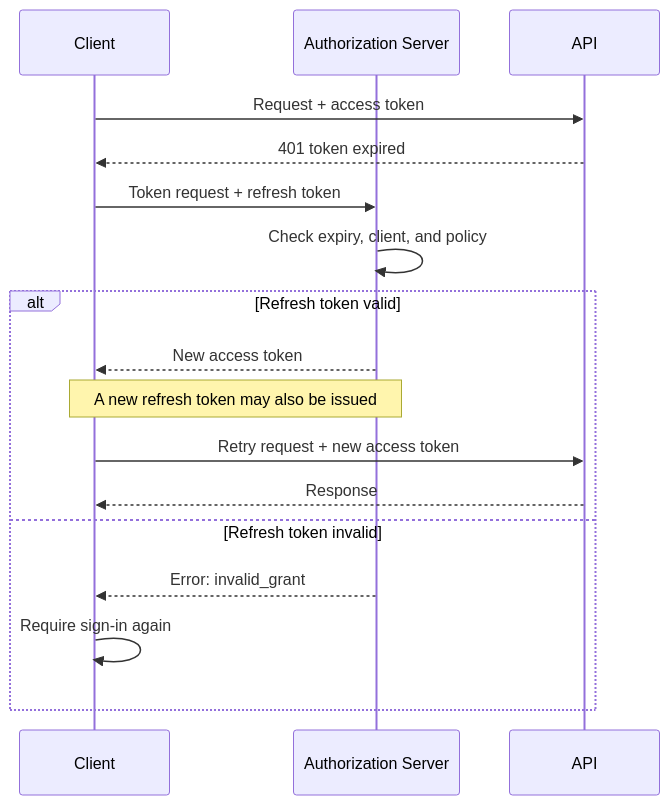
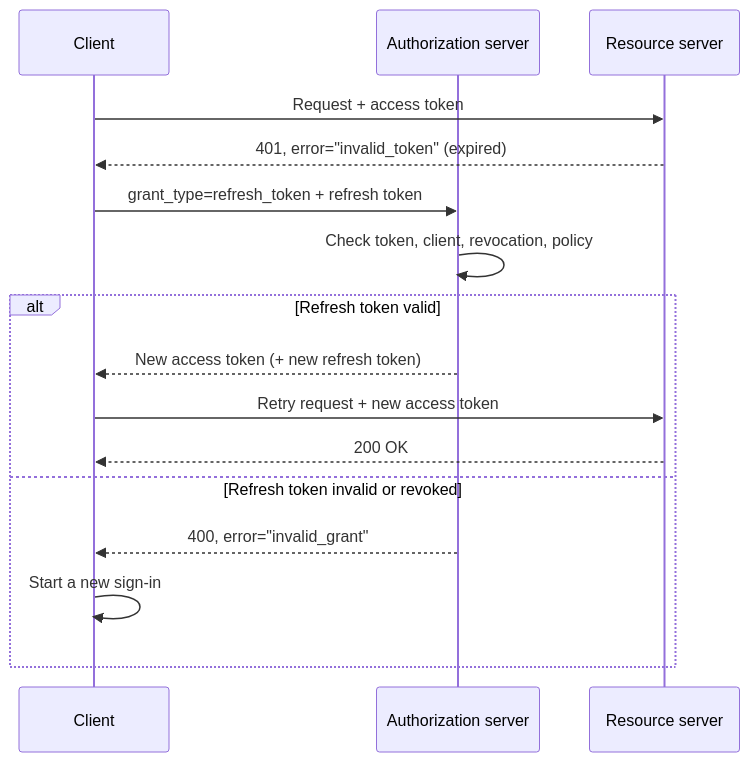
One commit to acrr-asia/acrr changed the third of 4 diagrams in src/content/blog/token-based-authentication.mdx. Above: the diagram before and after it, drawn with Mermaid. The commit also changed other lines of this file and 2 other files, not shown here.

````diff
--- a/src/content/blog/token-based-authentication.mdx
+++ b/src/content/blog/token-based-authentication.mdx
@@ -455,20 +423,19 @@
 ```mermaid
 sequenceDiagram
     participant C as Client
-    participant I as Authorization Server
-    participant A as API
+    participant AS as Authorization server
+    participant RS as Resource server
 
-    C->>A: Request + access token
-    A-->>C: 401 token expired
-    C->>I: Token request + refresh token
-    I->>I: Check expiry, client, and policy
+    C->>RS: Request + access token
+    RS-->>C: 401, error="invalid_token" (expired)
+    C->>AS: grant_type=refresh_token + refresh token
+    AS->>AS: Check token, client, revocation, policy
     alt Refresh token valid
-        I-->>C: New access token
-        Note over C,I: A new refresh token may also be issued
-        C->>A: Retry request + new access token
-        A-->>C: Response
-    else Refresh token invalid
-        I-->>C: Error: invalid_grant
-        C->>C: Require sign-in again
+        AS-->>C: New access token (+ new refresh token)
+        C->>RS: Retry request + new access token
+        RS-->>C: 200 OK
+    else Refresh token invalid or revoked
+        AS-->>C: 400, error="invalid_grant"
+        C->>C: Start a new sign-in
     end
 ```
````
